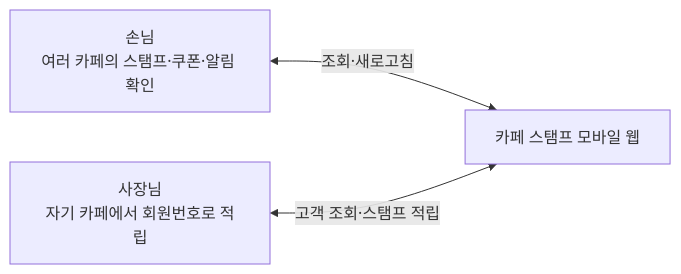
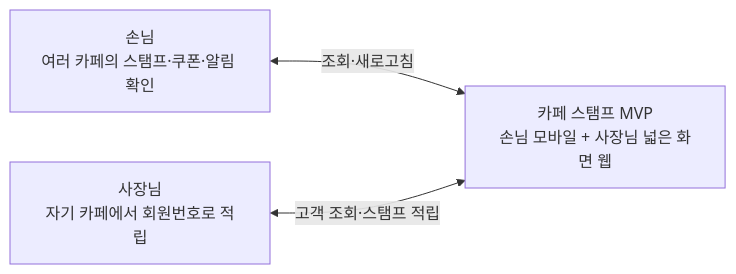
One commit to Mureung1/hub-showcase changed the first of 12 diagrams in docs/beginner-development-roadmap.md. Above: the diagram before and after it, drawn with Mermaid. The commit also changed other lines of this file and 6 other files, not shown here.

Commit message:
docs(plan): MVP 개발 계획과 구조 다이어그램 정리

````diff
--- a/docs/beginner-development-roadmap.md
+++ b/docs/beginner-development-roadmap.md
@@ -9,9 +9,9 @@
 ```mermaid
 flowchart LR
     Customer["손님<br/>여러 카페의 스탬프·쿠폰·알림 확인"]
-    Service["카페 스탬프 모바일 웹"]
+    Service["카페 스탬프 MVP<br/>손님 모바일 + 사장님 넓은 화면 웹"]
     Owner["사장님<br/>자기 카페에서 회원번호로 적립"]
 
     Customer <-->|"조회·새로고침"| Service
     Owner <-->|"고객 조회·스탬프 적립"| Service
 ```
````
